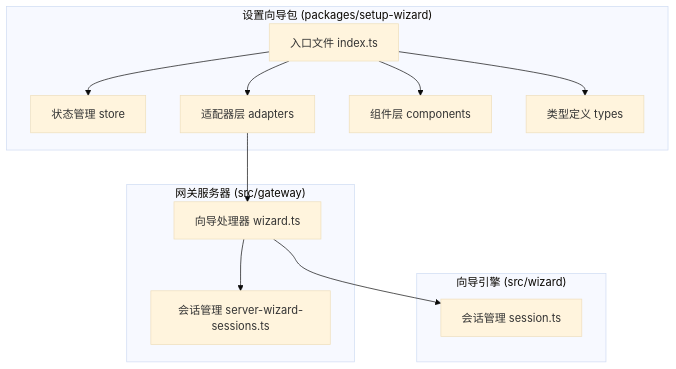
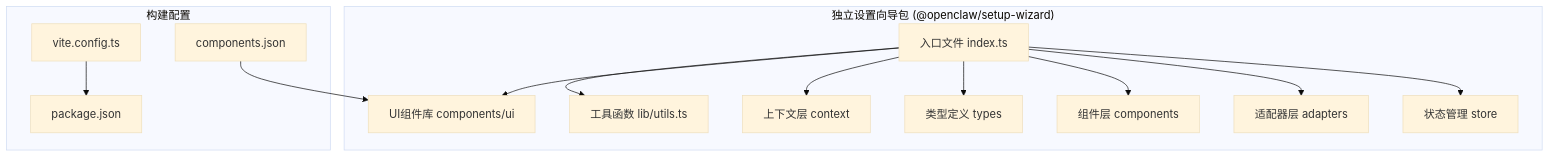
Before and after one commit to verse-ai-org/openclaw: the first of 7 diagrams in .qoder/repowiki/zh/content/开发者指南/设置向导系统.md, drawn with Mermaid (base theme). The commit also changed other lines of this file and 78 other files, not shown here.

````diff
--- a/.qoder/repowiki/zh/content/开发者指南/设置向导系统.md
+++ b/.qoder/repowiki/zh/content/开发者指南/设置向导系统.md
@@ -43,24 +60,27 @@
 ```mermaid
 graph TB
-subgraph "设置向导包 (packages/setup-wizard)"
+subgraph "独立设置向导包 (@openclaw/setup-wizard)"
 A[入口文件 index.ts]
 B[状态管理 store]
 C[适配器层 adapters]
 D[组件层 components]
 E[类型定义 types]
+F[上下文层 context]
+G[UI组件库 components/ui]
+H[工具函数 lib/utils.ts]
 end
-subgraph "网关服务器 (src/gateway)"
-F[向导处理器 wizard.ts]
-G[会话管理 server-wizard-sessions.ts]
-end
-subgraph "向导引擎 (src/wizard)"
-H[会话管理 session.ts]
+subgraph "构建配置"
+I[vite.config.ts]
+J[package.json]
+K[components.json]
 end
 A --> B
 A --> C
 A --> D
 A --> E
-C --> F
-F --> G
-F --> H
+A --> F
+A --> G
+A --> H
+I --> J
+K --> G
 ```
````
